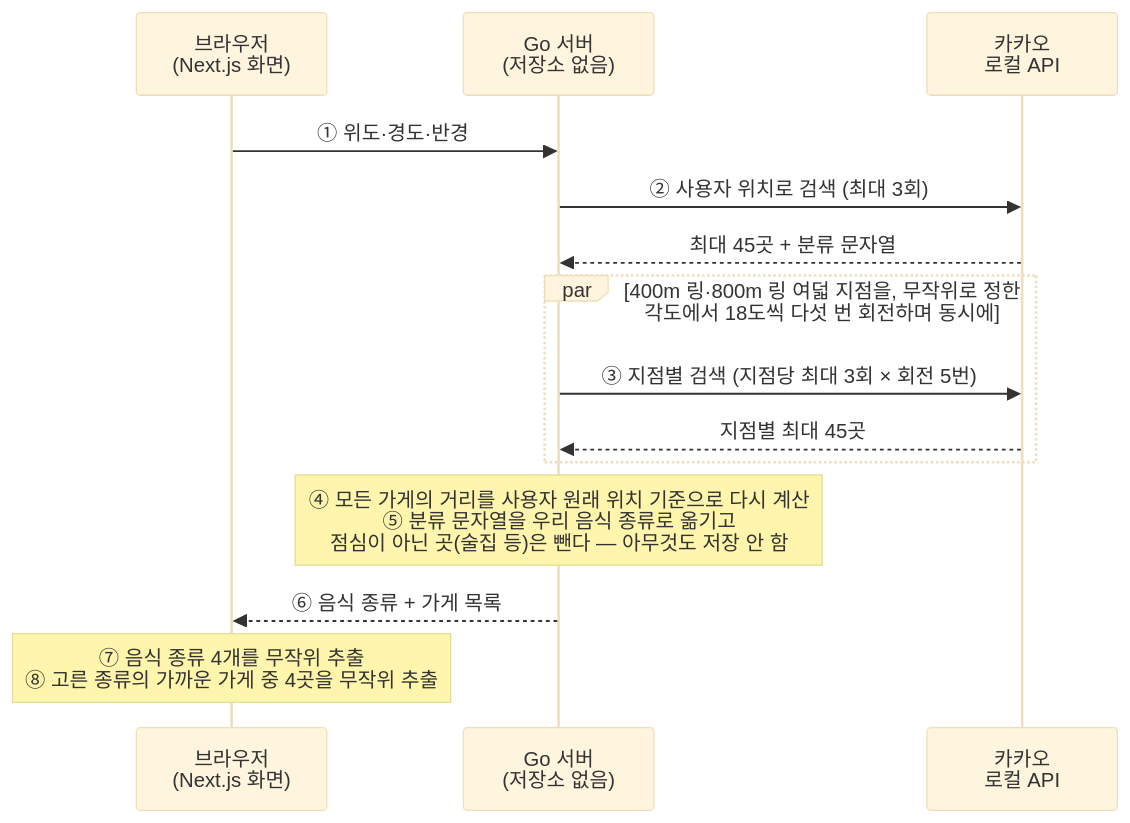
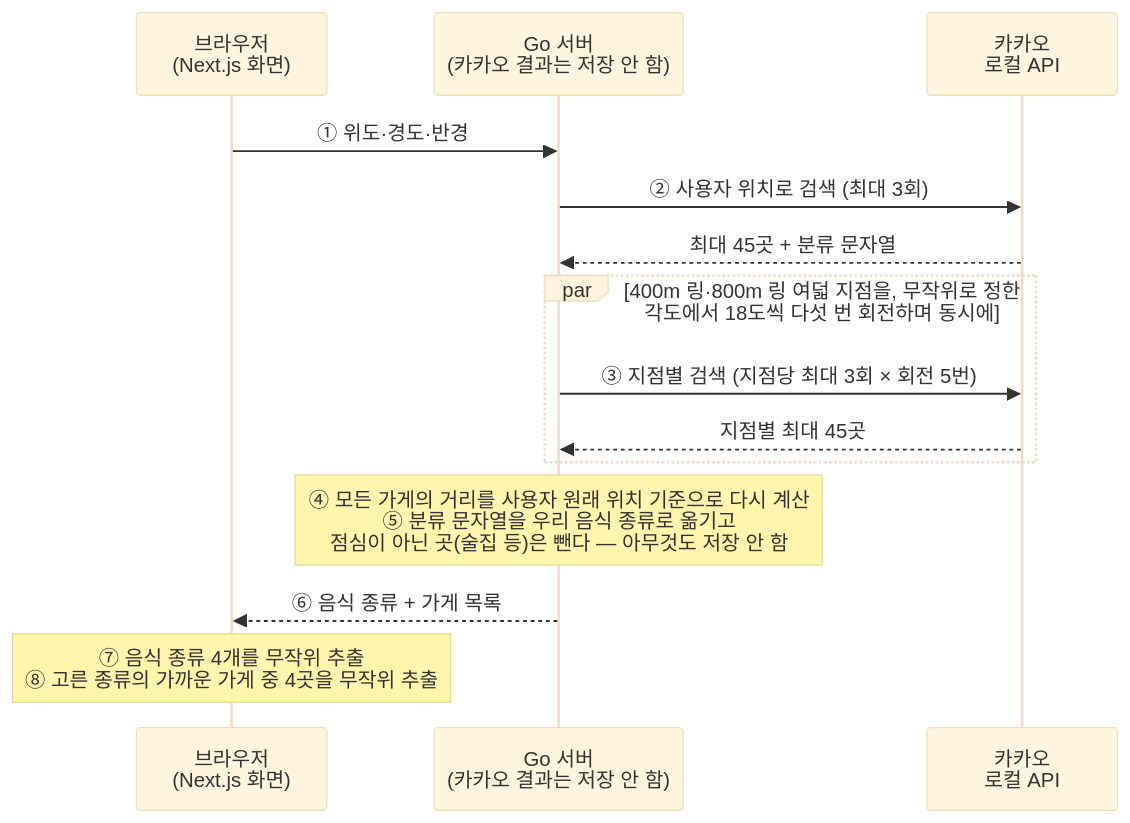
The diagram in README.md (VeritasForge/random-choice), drawn with Mermaid (base theme) before and after one commit. The commit also changed other lines of this file and 2 other files, not shown here.

````diff
--- a/README.md
+++ b/README.md
@@ -120,17 +120,17 @@
 ```mermaid
 sequenceDiagram
     participant 브라우저 as 브라우저<br/>(Next.js 화면)
-    participant 서버 as Go 서버<br/>(저장소 없음)
+    participant 서버 as Go 서버<br/>(카카오 결과는 저장 안 함)
     participant 카카오 as 카카오<br/>로컬 API
 
     브라우저->>서버: ① 위도·경도·반경
     서버->>카카오: ② 사용자 위치로 검색 (최대 3회)
     카카오-->>서버: 최대 45곳 + 분류 문자열
     par 400m 링·800m 링 여덟 지점을, 무작위로 정한 각도에서 18도씩 다섯 번 회전하며 동시에
         서버->>카카오: ③ 지점별 검색 (지점당 최대 3회 × 회전 5번)
         카카오-->>서버: 지점별 최대 45곳
     end
     Note over 서버: ④ 모든 가게의 거리를 사용자 원래 위치 기준으로 다시 계산<br/>⑤ 분류 문자열을 우리 음식 종류로 옮기고<br/>점심이 아닌 곳(술집 등)은 뺀다 — 아무것도 저장 안 함
     서버-->>브라우저: ⑥ 음식 종류 + 가게 목록
     Note over 브라우저: ⑦ 음식 종류 4개를 무작위 추출<br/>⑧ 고른 종류의 가까운 가게 중 4곳을 무작위 추출
 ```
````
